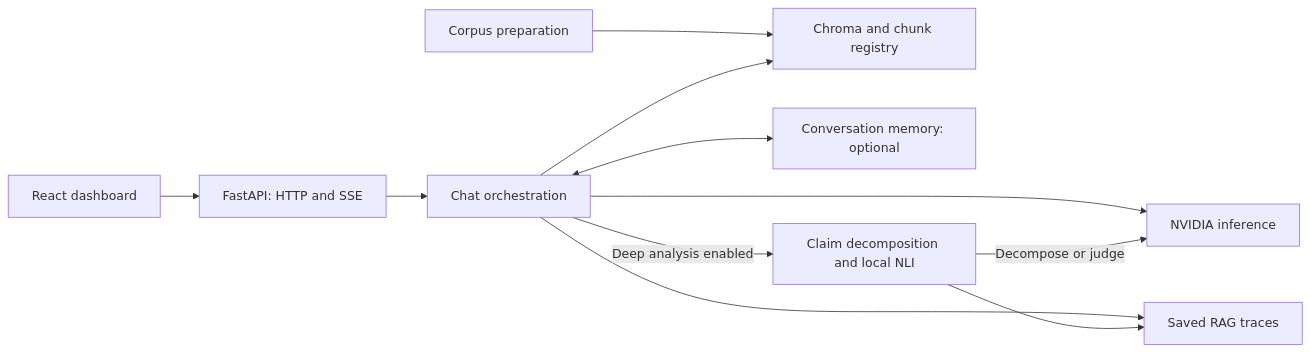
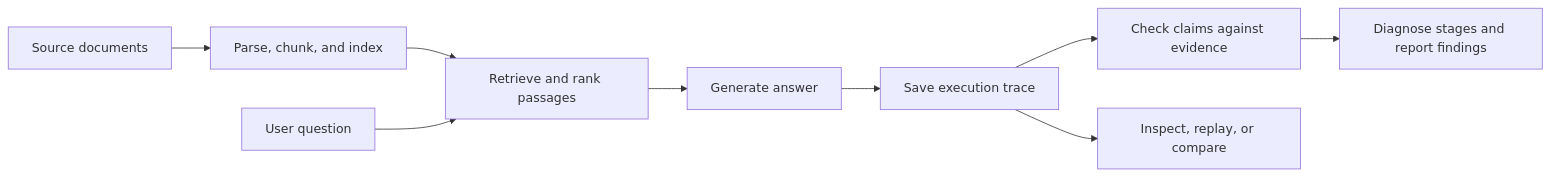
Before and after one commit to BharathGelivi/rag__capstone_latest: the diagram in README.md, drawn with Mermaid. The commit also changed other lines of this file, not shown here.

Commit message:
Document X-RAG architecture and pipeline

````diff
--- a/README.md
+++ b/README.md
@@ -178,13 +42,11 @@
 ```mermaid
 flowchart LR
-    Prep[Corpus preparation] --> Index[Chroma and chunk registry]
-    UI[React dashboard] --> API[FastAPI: HTTP and SSE]
-    API --> Chat[Chat orchestration]
-    Chat --> Index
-    Chat <--> Memory[Conversation memory: optional]
-    Chat --> NVIDIA[NVIDIA inference]
-    Chat --> Trace[Saved RAG traces]
-    Chat -->|Deep analysis enabled| Verify[Claim decomposition and local NLI]
-    Verify -->|Decompose or judge| NVIDIA
-    Verify --> Trace
+    A[Source documents] --> B[Parse, chunk, and index]
+    B --> C[Retrieve and rank passages]
+    Q[User question] --> C
+    C --> D[Generate answer]
+    D --> E[Save execution trace]
+    E --> F[Check claims against evidence]
+    F --> G[Diagnose stages and report findings]
+    E --> H[Inspect, replay, or compare]
 ```
````
